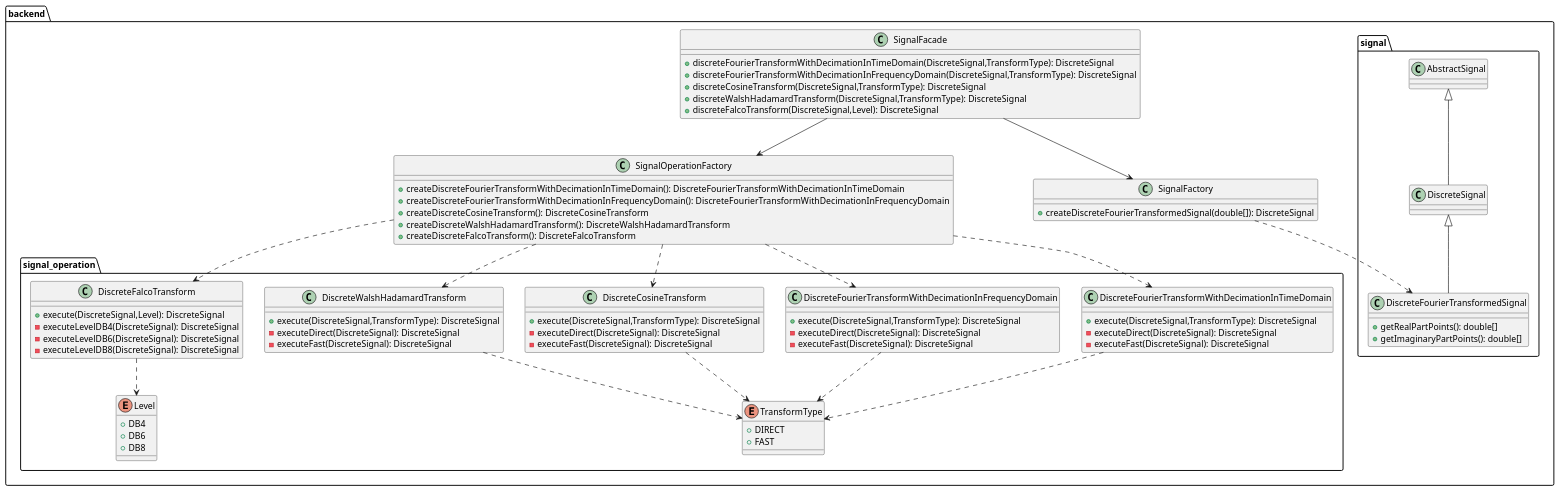
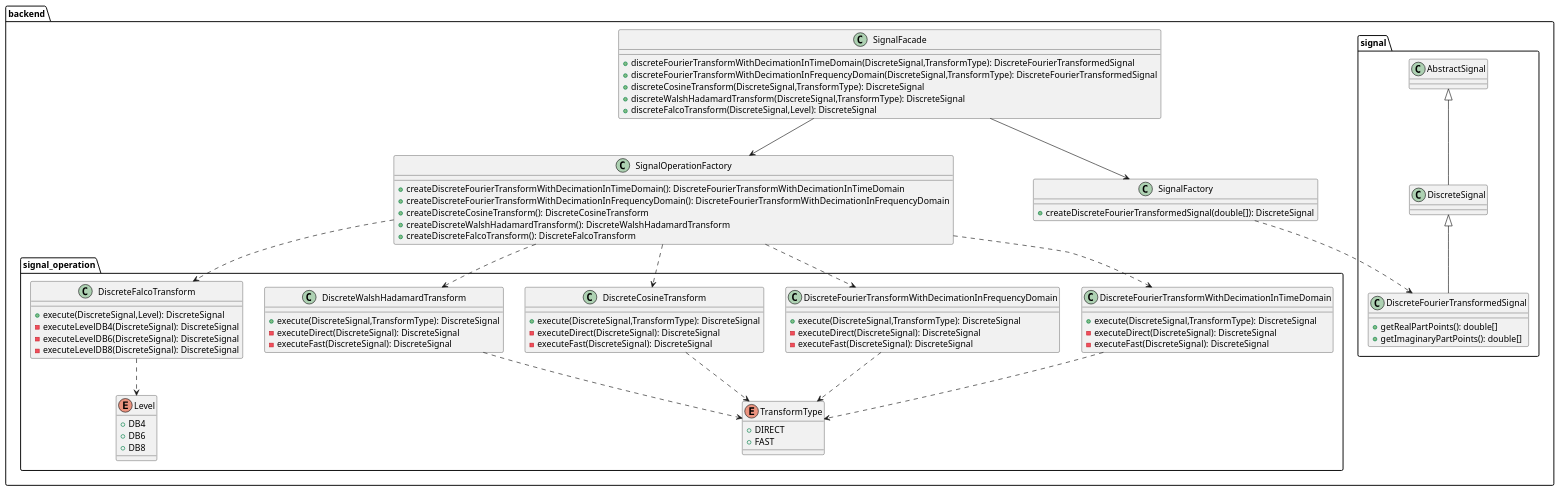
One commit to RadekBucki/DigitalSignalProcessing changed the fifth of 6 diagrams in README.md. Above: the diagram before and after it, drawn with PlantUML.

Commit message:
#91 Update type

````diff
--- a/README.md
+++ b/README.md
@@ -636,79 +636,79 @@
 ```plantuml
 package backend {
     class SignalFacade {
-        + discreteFourierTransformWithDecimationInTimeDomain(DiscreteSignal,TransformType): DiscreteSignal
-        + discreteFourierTransformWithDecimationInFrequencyDomain(DiscreteSignal,TransformType): DiscreteSignal
+        + discreteFourierTransformWithDecimationInTimeDomain(DiscreteSignal,TransformType): DiscreteFourierTransformedSignal
+        + discreteFourierTransformWithDecimationInFrequencyDomain(DiscreteSignal,TransformType): DiscreteFourierTransformedSignal
         + discreteCosineTransform(DiscreteSignal,TransformType): DiscreteSignal
         + discreteWalshHadamardTransform(DiscreteSignal,TransformType): DiscreteSignal
         + discreteFalcoTransform(DiscreteSignal,Level): DiscreteSignal
     }
     class SignalOperationFactory {
         + createDiscreteFourierTransformWithDecimationInTimeDomain(): DiscreteFourierTransformWithDecimationInTimeDomain
         + createDiscreteFourierTransformWithDecimationInFrequencyDomain(): DiscreteFourierTransformWithDecimationInFrequencyDomain
         + createDiscreteCosineTransform(): DiscreteCosineTransform
         + createDiscreteWalshHadamardTransform(): DiscreteWalshHadamardTransform
         + createDiscreteFalcoTransform(): DiscreteFalcoTransform
     }
     SignalFacade --> SignalOperationFactory
     package signal_operation {
         enum TransformType {
             + DIRECT
             + FAST
         }
         class DiscreteFourierTransformWithDecimationInTimeDomain {
             + execute(DiscreteSignal,TransformType): DiscreteSignal
             - executeDirect(DiscreteSignal): DiscreteSignal
             - executeFast(DiscreteSignal): DiscreteSignal
         }
         DiscreteFourierTransformWithDecimationInTimeDomain ..> TransformType
         class DiscreteFourierTransformWithDecimationInFrequencyDomain {
             + execute(DiscreteSignal,TransformType): DiscreteSignal
             - executeDirect(DiscreteSignal): DiscreteSignal
             - executeFast(DiscreteSignal): DiscreteSignal
         }
         DiscreteFourierTransformWithDecimationInFrequencyDomain ..> TransformType
         class DiscreteCosineTransform {
             + execute(DiscreteSignal,TransformType): DiscreteSignal
             - executeDirect(DiscreteSignal): DiscreteSignal
             - executeFast(DiscreteSignal): DiscreteSignal
         }
         DiscreteCosineTransform ..> TransformType
         class DiscreteWalshHadamardTransform {
             + execute(DiscreteSignal,TransformType): DiscreteSignal
             - executeDirect(DiscreteSignal): DiscreteSignal
             - executeFast(DiscreteSignal): DiscreteSignal
         }
         DiscreteWalshHadamardTransform ..> TransformType
         
         enum Level {
             + DB4
             + DB6
             + DB8
         }
         class DiscreteFalcoTransform {
             + execute(DiscreteSignal,Level): DiscreteSignal
             - executeLevelDB4(DiscreteSignal): DiscreteSignal
             - executeLevelDB6(DiscreteSignal): DiscreteSignal
             - executeLevelDB8(DiscreteSignal): DiscreteSignal
         }
         DiscreteFalcoTransform ..> Level
     }
     SignalOperationFactory ..> DiscreteFourierTransformWithDecimationInTimeDomain
     SignalOperationFactory ..> DiscreteFourierTransformWithDecimationInFrequencyDomain
     SignalOperationFactory ..> DiscreteCosineTransform
     SignalOperationFactory ..> DiscreteWalshHadamardTransform
     SignalOperationFactory ..> DiscreteFalcoTransform
     class SignalFactory {
         + createDiscreteFourierTransformedSignal(double[]): DiscreteSignal
     }
     package signal {
         SignalFactory ..> DiscreteFourierTransformedSignal
         SignalFacade --> SignalFactory
         class DiscreteSignal extends AbstractSignal
         class DiscreteFourierTransformedSignal extends DiscreteSignal {
             + getRealPartPoints(): double[]
             + getImaginaryPartPoints(): double[]
         }
     }
 }
 ```
````
